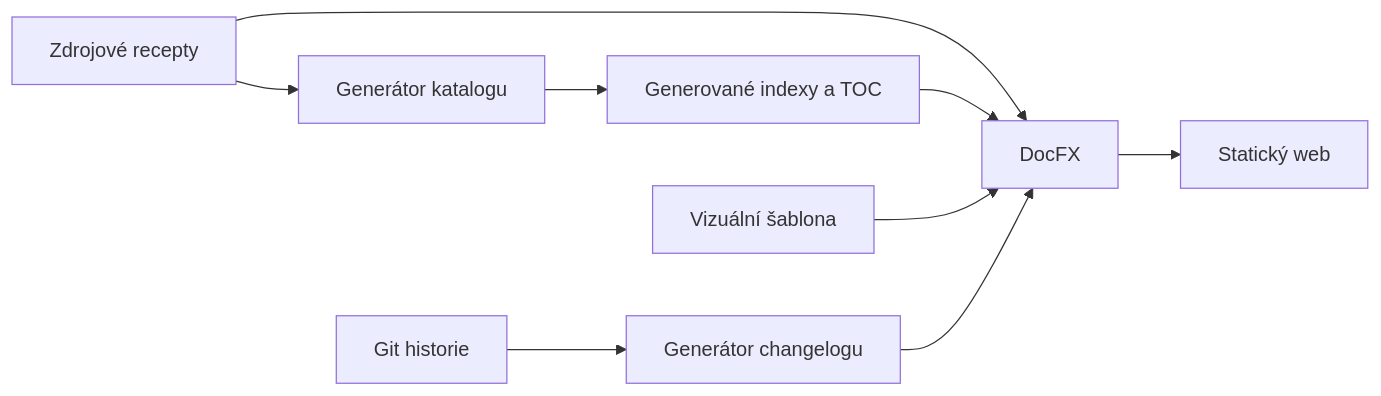
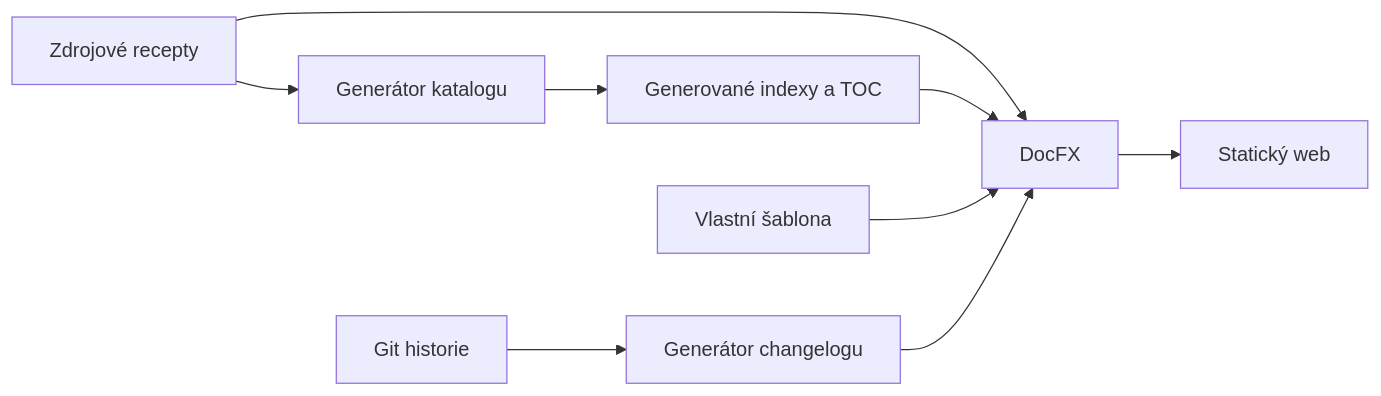
Before and after one commit to HopefulDavid/docs_lifetime: the second of 2 diagrams in docs/architecture/overview.md, drawn with Mermaid. The commit also changed other lines of this file and 17 other files, not shown here.

````diff
--- a/docs/architecture/overview.md
+++ b/docs/architecture/overview.md
@@ -75,11 +75,11 @@
 ```mermaid
 flowchart LR
     S[Zdrojové recepty] --> G[Generátor katalogu]
     G --> I[Generované indexy a TOC]
     S --> D[DocFX]
     I --> D
-    T[Vizuální šablona] --> D
+    T[Vlastní šablona] --> D
     D --> W[Statický web]
     H[Git historie] --> C[Generátor changelogu]
     C --> D
 ```
````
